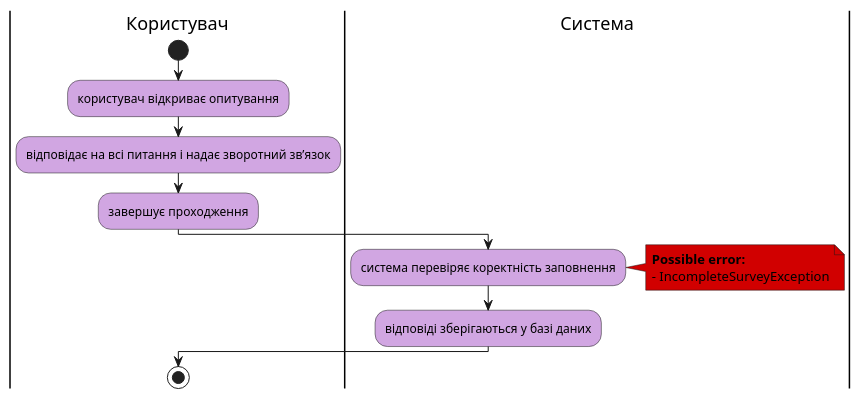
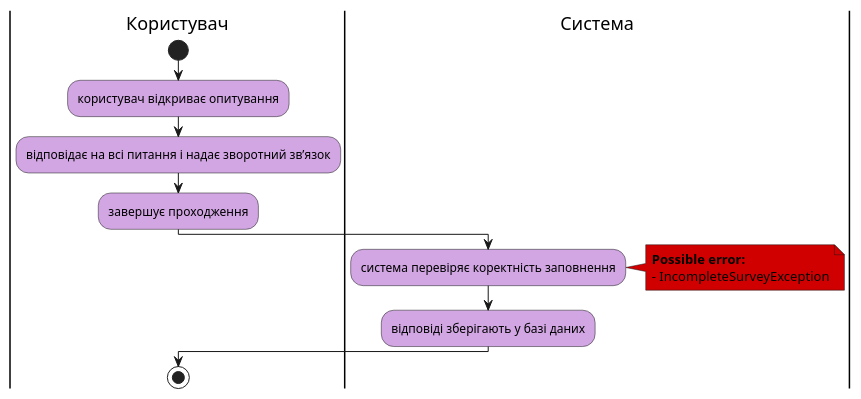
One commit to sunnytea0/db_labs_my changed the seventh of 15 diagrams in docs/use cases/README.md. Above: the diagram before and after it, drawn with PlantUML. The commit also changed other lines of this file, not shown here.

Commit message:
#26: spelling update
 spelling update

```diff
--- a/docs/use cases/README.md
+++ b/docs/use cases/README.md
@@ -259,22 +259,22 @@
 @startuml
 
     skinparam ActivityBackgroundColor #d1a6e2
 
     |Користувач|
     start;
     :користувач відкриває опитування;
     :відповідає на всі питання і надає зворотний зв’язок;
     :завершує проходження;
 
     |Система|
     :система перевіряє коректність заповнення;
     note right #D10000
     <b>Possible error:
     - IncompleteSurveyException
     end note
-    :відповіді зберігаються у базі даних;
+    :відповіді зберігають у базі даних;
 
     |Користувач|
     stop;
 
 @enduml
```
